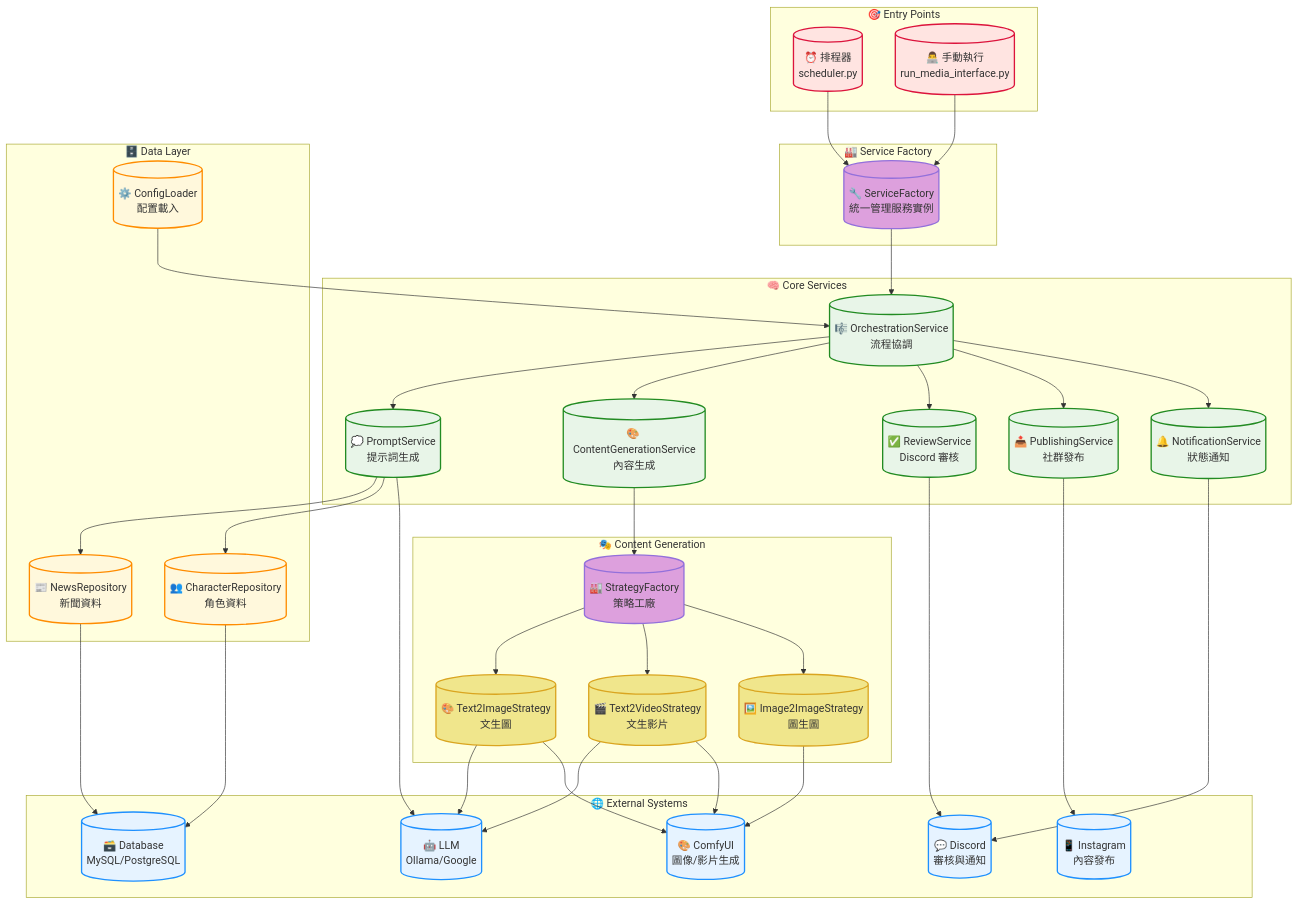
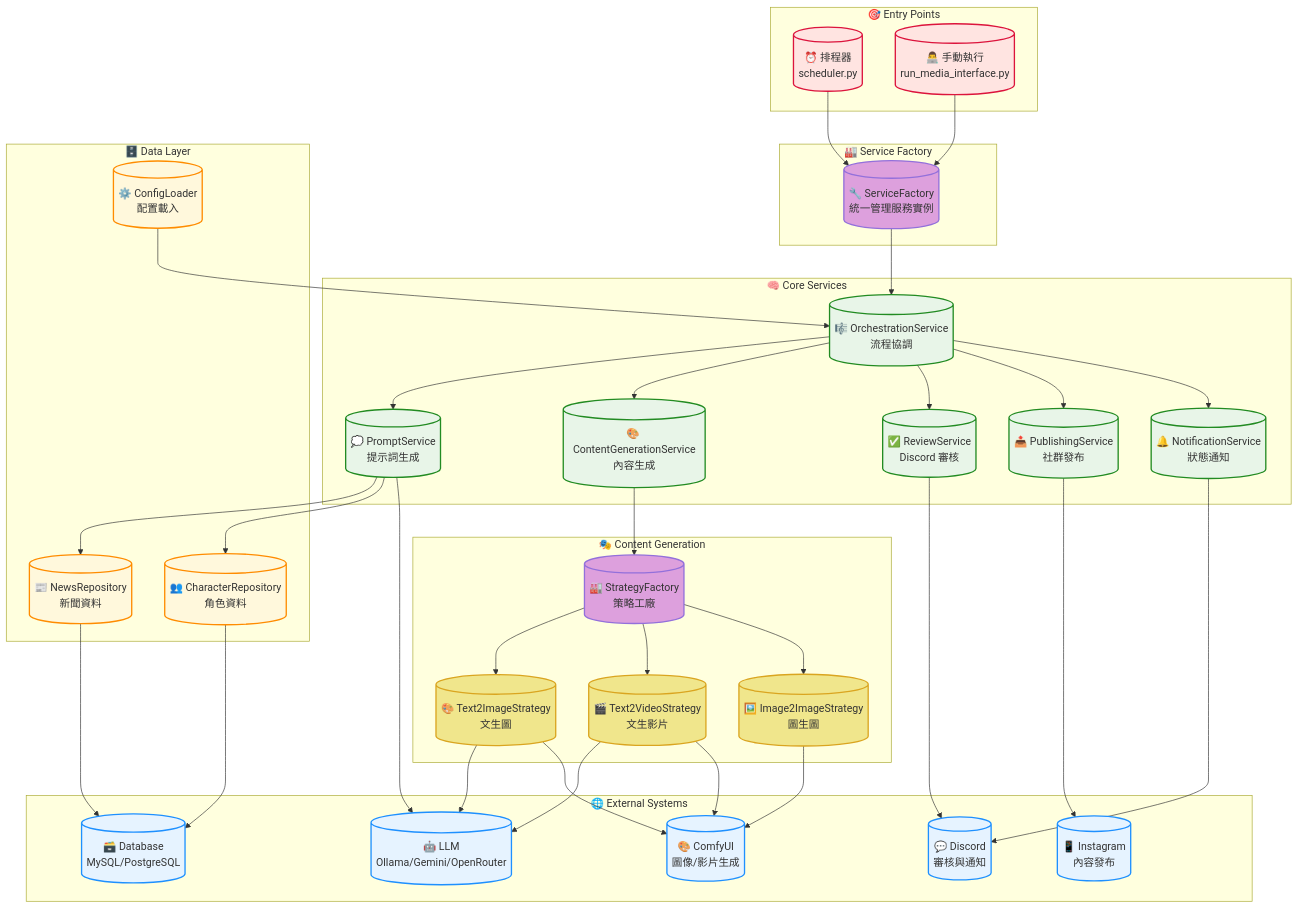
One commit to jaesm14774/mediaoverload changed the first of 3 diagrams in README.md. Above: the diagram before and after it, drawn with Mermaid. The commit also changed other lines of this file and 11 other files, not shown here.

```diff
--- a/README.md
+++ b/README.md
@@ -125,7 +128,7 @@
     end
 
     subgraph "🌐 External Systems"
-        LLM[("🤖 LLM<br/>Ollama/Google")]
+        LLM[("🤖 LLM<br/>Ollama/Gemini/OpenRouter")]
         COMFY[("🎨 ComfyUI<br/>圖像/影片生成")]
         DISCORD[("💬 Discord<br/>審核與通知")]
         INSTAGRAM[("📱 Instagram<br/>內容發布")]
```
